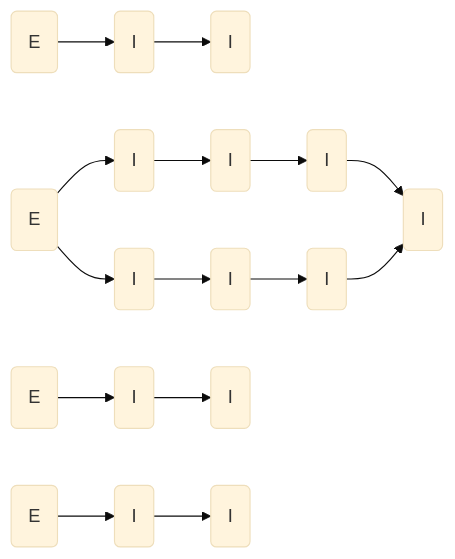
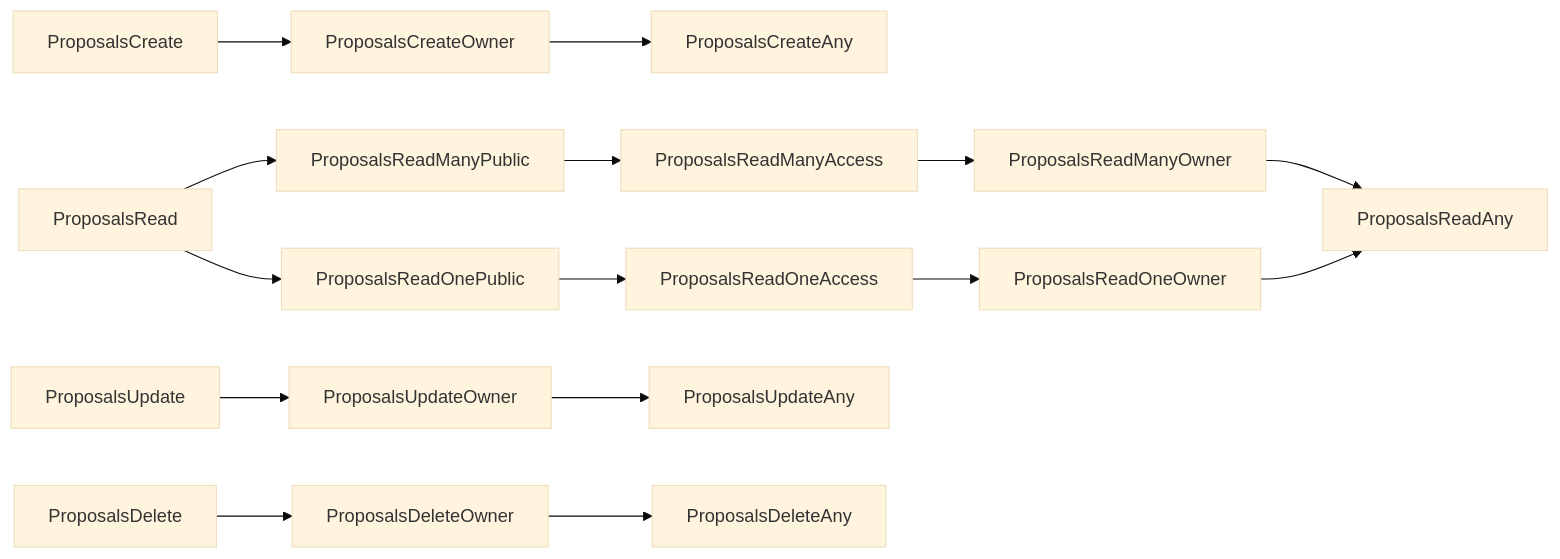
The diagram in Development/v4.x/backend/authorization/authorization_proposals.md (SciCatProject/documentation), drawn with Mermaid (base theme) before and after one commit. The commit also changed other lines of this file, not shown here.

Commit message:
Updated proposals permissions

````diff
--- a/Development/v4.x/backend/authorization/authorization_proposals.md
+++ b/Development/v4.x/backend/authorization/authorization_proposals.md
@@ -27,17 +27,17 @@
 ```mermaid
 graph LR;
-    ProposalsCreate(E)-->ProposalsCreateOwner(I);
-    ProposalsCreateOwner(I)-->ProposalsCreateAny(I)
-    ProposalsRead(E)-->ProposalsReadManyPublic(I);
-    ProposalsReadManyPublic(I)-->ProposalsReadManyAccess(I);
-    ProposalsReadManyAccess(I)-->ProposalsReadManyOwner(I);
-    ProposalsReadManyOwner(I)-->ProposalsReadAny(I);
-    ProposalsRead(E)-->ProposalsReadOnePublic(I);
-    ProposalsReadOnePublic(I)-->ProposalsReadOneAccess(I);
-    ProposalsReadOneAccess(I)-->ProposalsReadOneOwner(I);
-    ProposalsReadOneOwner(I)-->ProposalsReadAny(I);
-    ProposalsUpdate(E)-->ProposalsUpdateOwner(I);
-    ProposalsUpdateOwner(I)-->ProposalsUpdateAny(I);
-    ProposalsDelete(E)-->ProposalsDeleteOwner(I);
-    ProposalsDeleteOwner(I)-->ProposalsDeleteAny(I);
+    ProposalsCreate-->ProposalsCreateOwner;
+    ProposalsCreateOwner-->ProposalsCreateAny;
+    ProposalsRead-->ProposalsReadManyPublic;
+    ProposalsReadManyPublic-->ProposalsReadManyAccess;
+    ProposalsReadManyAccess-->ProposalsReadManyOwner;
+    ProposalsReadManyOwner-->ProposalsReadAny;
+    ProposalsRead-->ProposalsReadOnePublic;
+    ProposalsReadOnePublic-->ProposalsReadOneAccess;
+    ProposalsReadOneAccess-->ProposalsReadOneOwner;
+    ProposalsReadOneOwner-->ProposalsReadAny;
+    ProposalsUpdate-->ProposalsUpdateOwner;
+    ProposalsUpdateOwner-->ProposalsUpdateAny;
+    ProposalsDelete-->ProposalsDeleteOwner;
+    ProposalsDeleteOwner-->ProposalsDeleteAny;
 ```
````
